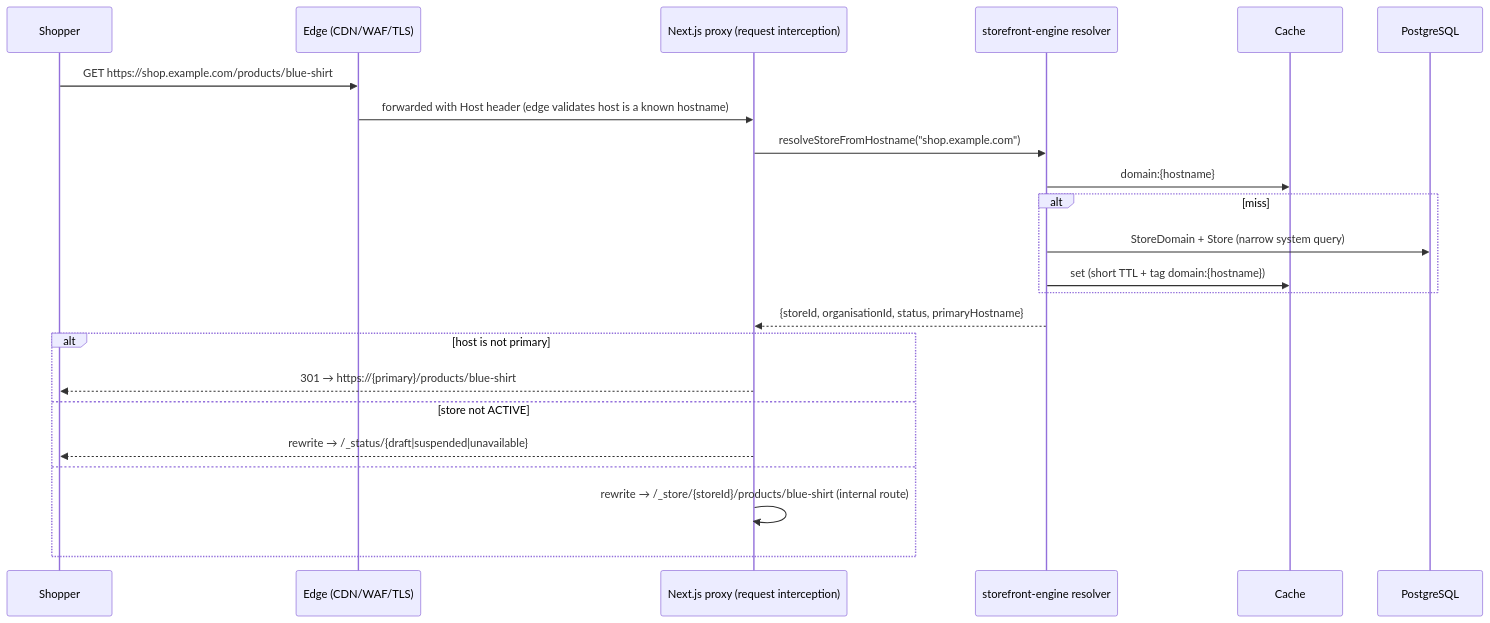
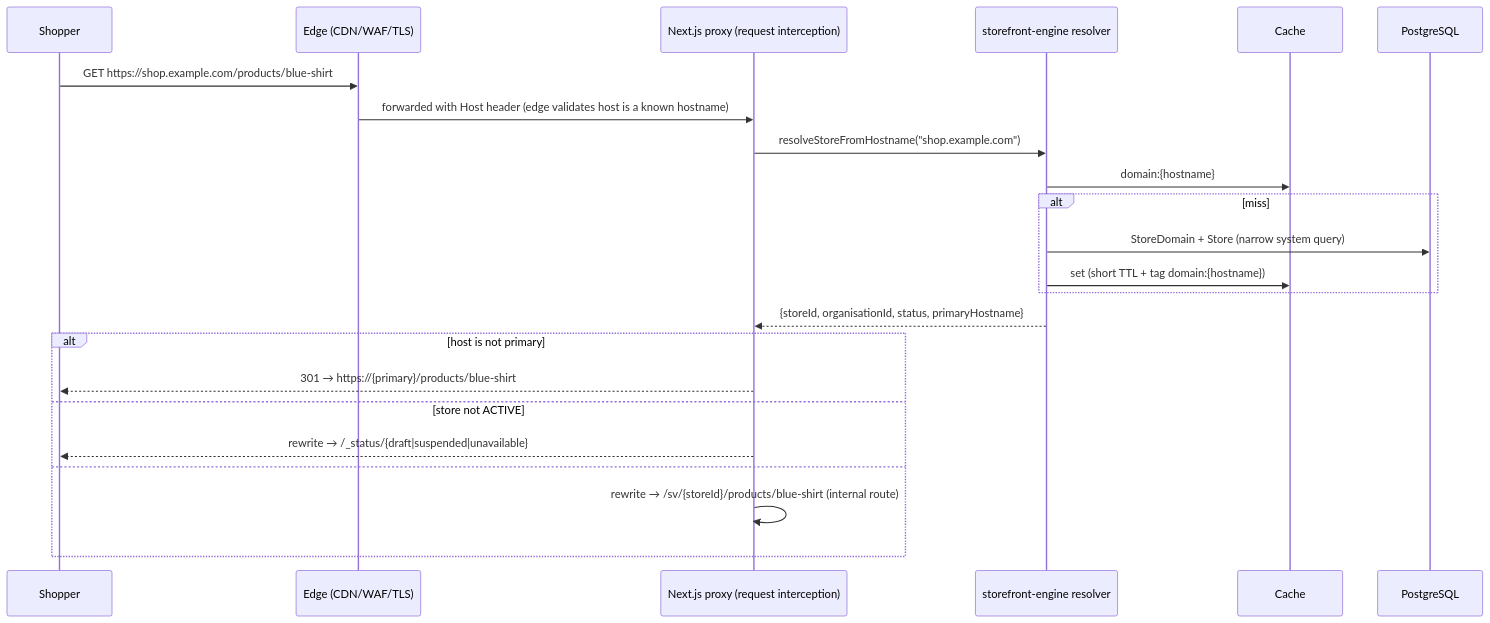
Before and after one commit to pixfortech/storevia: the diagram in docs/architecture/06-storefront.md, drawn with Mermaid. The commit also changed other lines of this file and 5 other files, not shown here.

````diff
--- a/docs/architecture/06-storefront.md
+++ b/docs/architecture/06-storefront.md
@@ -16,25 +16,25 @@
 ```mermaid
 sequenceDiagram
   participant U as Shopper
   participant E as Edge (CDN/WAF/TLS)
   participant P as Next.js proxy (request interception)
   participant R as storefront-engine resolver
   participant C as Cache
   participant DB as PostgreSQL
   U->>E: GET https://shop.example.com/products/blue-shirt
   E->>P: forwarded with Host header (edge validates host is a known hostname)
   P->>R: resolveStoreFromHostname("shop.example.com")
   R->>C: domain:{hostname}
   alt miss
     R->>DB: StoreDomain + Store (narrow system query)
     R->>C: set (short TTL + tag domain:{hostname})
   end
   R-->>P: {storeId, organisationId, status, primaryHostname}
   alt host is not primary
     P-->>U: 301 → https://{primary}/products/blue-shirt
   else store not ACTIVE
     P-->>U: rewrite → /_status/{draft|suspended|unavailable}
   else
-    P->>P: rewrite → /_store/{storeId}/products/blue-shirt (internal route)
+    P->>P: rewrite → /sv/{storeId}/products/blue-shirt (internal route)
   end
 ```
````
